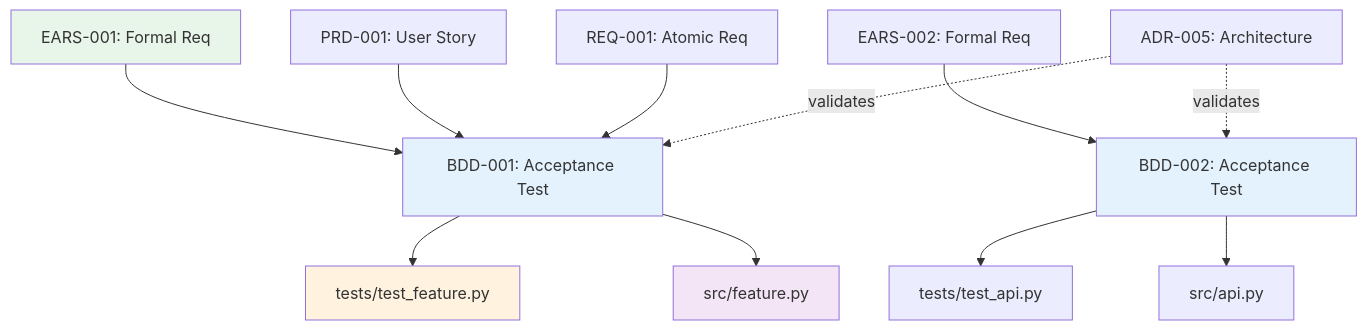
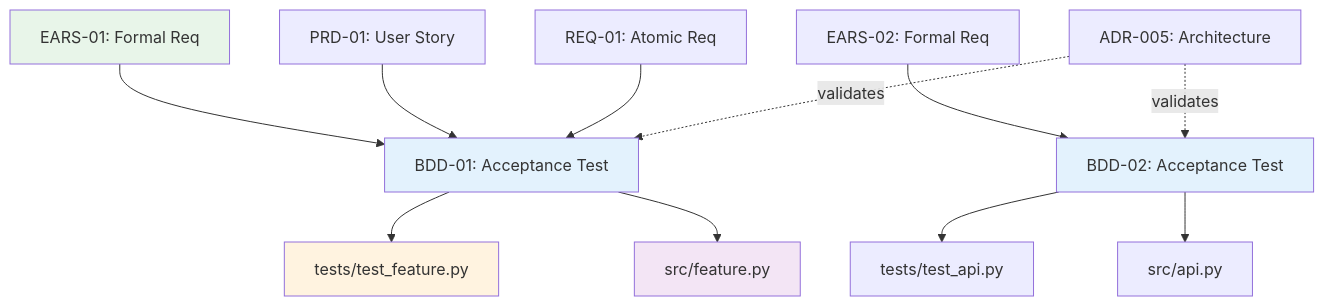
One commit to vladm3105/aidoc-flow-framework changed the diagram in ai_dev_flow/BDD/BDD-000_TRACEABILITY_MATRIX-TEMPLATE.md. Above: the diagram before and after it, drawn with Mermaid. The commit also changed other lines of this file and 215 other files, not shown here.

````diff
--- a/ai_dev_flow/BDD/BDD-000_TRACEABILITY_MATRIX-TEMPLATE.md
+++ b/ai_dev_flow/BDD/BDD-000_TRACEABILITY_MATRIX-TEMPLATE.md
@@ -351,21 +351,21 @@
 ```mermaid
 graph TD
-    EARS001[EARS-001: Formal Req] --> BDD001[BDD-001: Acceptance Test]
-    EARS002[EARS-002: Formal Req] --> BDD002[BDD-002: Acceptance Test]
-    PRD001[PRD-001: User Story] --> BDD001
-    REQ001[REQ-001: Atomic Req] --> BDD001
+    EARS001[EARS-01: Formal Req] --> BDD001[BDD-01: Acceptance Test]
+    EARS002[EARS-02: Formal Req] --> BDD002[BDD-02: Acceptance Test]
+    PRD001[PRD-01: User Story] --> BDD001
+    REQ01[REQ-01: Atomic Req] --> BDD001
 
     BDD001 --> TestImpl1[tests/test_feature.py]
     BDD001 --> Code1[src/feature.py]
     BDD002 --> TestImpl2[tests/test_api.py]
     BDD002 --> Code2[src/api.py]
 
     ADR005[ADR-005: Architecture] -.validates.-> BDD001
     ADR005 -.validates.-> BDD002
 
     style BDD001 fill:#e3f2fd
     style BDD002 fill:#e3f2fd
     style EARS001 fill:#e8f5e9
     style TestImpl1 fill:#fff3e0
     style Code1 fill:#f3e5f5
 ```
````
